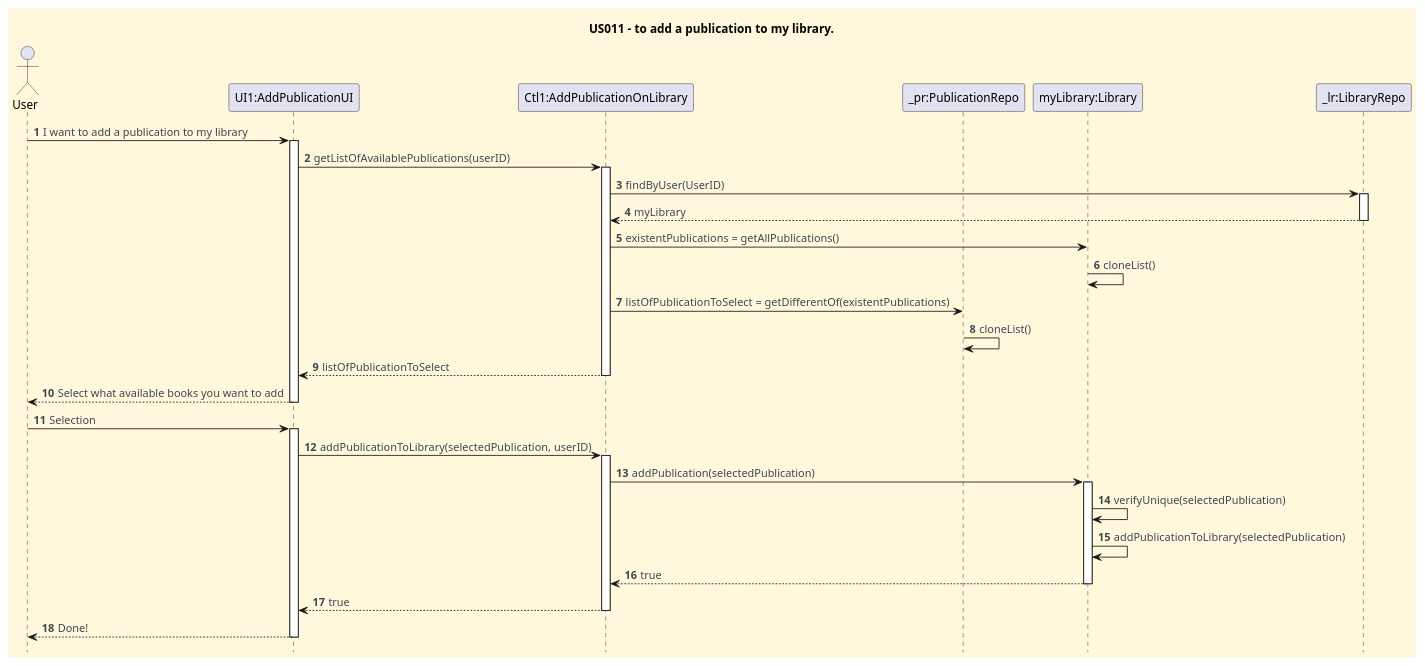
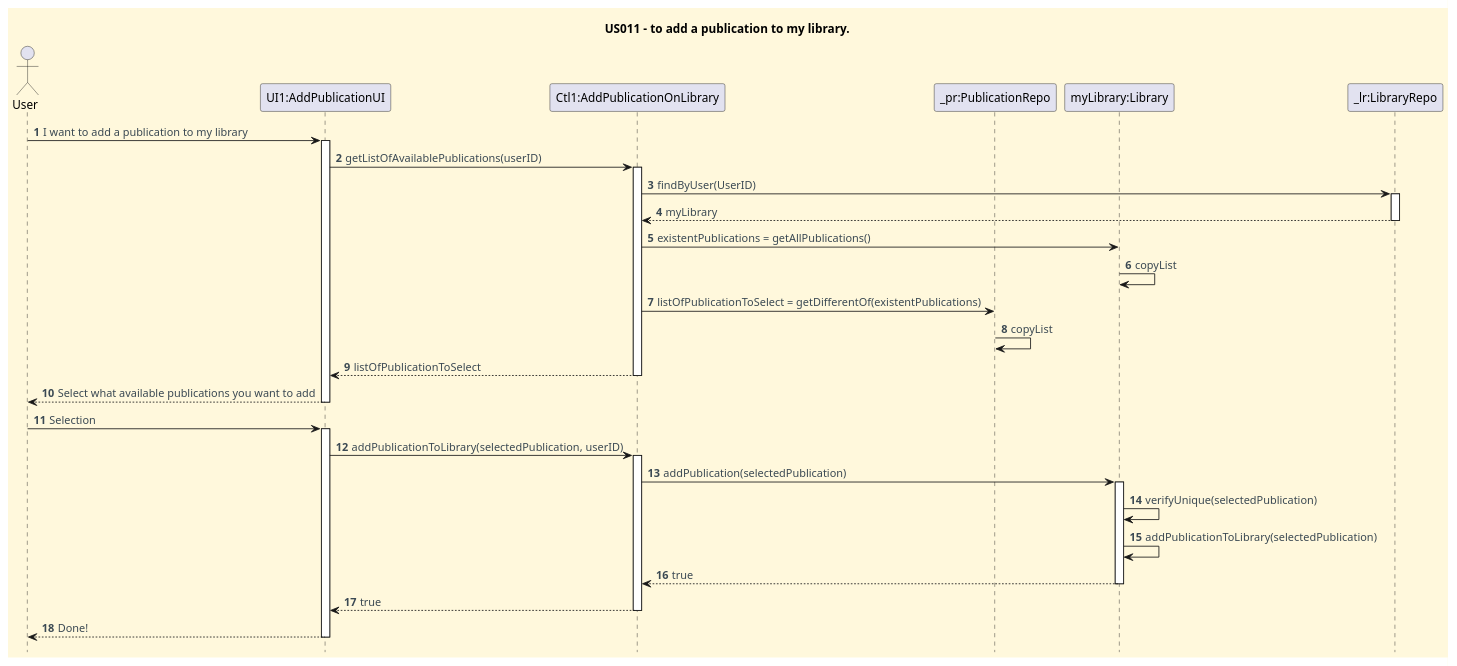
Before and after one commit to CarolinaLeite-collab/JavaMarketplacePlatform: the diagram in docs/userStories/US011/US011_add_publication_to_my_library_SD.puml, drawn with PlantUML.

Commit message:
Update on SD #169

```diff
--- a/docs/userStories/US011/US011_add_publication_to_my_library_SD.puml
+++ b/docs/userStories/US011/US011_add_publication_to_my_library_SD.puml
@@ -1,62 +1,62 @@
 @startuml
 'https://plantuml.com/sequence-diagram
 hide footbox
 title US011 - to add a publication to my library.
 
 '==== basic style ====
 skinparam monochrome false
 skinparam shadowing false
 skinparam defaultFontName Futura
 skinparam objectFontSize 20
 skinparam backgroundColor CornSilk
 skinparam objectBackgroundColor WhiteSmoke
 skinparam noteBackgroundColor #FFFFE0
 skinparam ArrowFontColor #3B4953
 skinparam ActivationBackgroundColor black
 
 autonumber
 autoactivate off
 
 
 actor User
 participant "UI1:AddPublicationUI"
 participant "Ctl1:AddPublicationOnLibrary"
 participant "_pr:PublicationRepo"
 participant "myLibrary:Library"
 participant "_lr:LibraryRepo"
 
 User -> "UI1:AddPublicationUI" : I want to add a publication to my library
 activate "UI1:AddPublicationUI"
 "UI1:AddPublicationUI" -> "Ctl1:AddPublicationOnLibrary" : getListOfAvailablePublications(userID)
 activate "Ctl1:AddPublicationOnLibrary"
 "Ctl1:AddPublicationOnLibrary" -> "_lr:LibraryRepo" : findByUser(UserID)
 activate "_lr:LibraryRepo"
 "_lr:LibraryRepo" --> "Ctl1:AddPublicationOnLibrary" : myLibrary
 deactivate "_lr:LibraryRepo"
 "Ctl1:AddPublicationOnLibrary" -> "myLibrary:Library" : existentPublications = getAllPublications()
-"myLibrary:Library" -> "myLibrary:Library" :cloneList()
+"myLibrary:Library" -> "myLibrary:Library" : copyList
 "Ctl1:AddPublicationOnLibrary" -> "_pr:PublicationRepo" : listOfPublicationToSelect = getDifferentOf(existentPublications)
-"_pr:PublicationRepo" -> "_pr:PublicationRepo" : cloneList()
+"_pr:PublicationRepo" -> "_pr:PublicationRepo" : copyList
 "Ctl1:AddPublicationOnLibrary" --> "UI1:AddPublicationUI" : listOfPublicationToSelect
 deactivate "Ctl1:AddPublicationOnLibrary"
-"UI1:AddPublicationUI" --> User : Select what available books you want to add
+"UI1:AddPublicationUI" --> User : Select what available publications you want to add
 deactivate "UI1:AddPublicationUI"
 User -> "UI1:AddPublicationUI" : Selection
 activate "UI1:AddPublicationUI"
 "UI1:AddPublicationUI" -> "Ctl1:AddPublicationOnLibrary" : addPublicationToLibrary(selectedPublication, userID)
 activate "Ctl1:AddPublicationOnLibrary"
 "Ctl1:AddPublicationOnLibrary" -> "myLibrary:Library" : addPublication(selectedPublication)
 activate "myLibrary:Library"
 "myLibrary:Library" -> "myLibrary:Library" : verifyUnique(selectedPublication)
 "myLibrary:Library" -> "myLibrary:Library" : addPublicationToLibrary(selectedPublication)
 "myLibrary:Library" --> "Ctl1:AddPublicationOnLibrary" : true
 deactivate "myLibrary:Library"
 "Ctl1:AddPublicationOnLibrary" --> "UI1:AddPublicationUI" : true
 deactivate "Ctl1:AddPublicationOnLibrary"
 "UI1:AddPublicationUI" --> User : Done!
 deactivate "UI1:AddPublicationUI"
 
 
 
 
 @enduml
```
